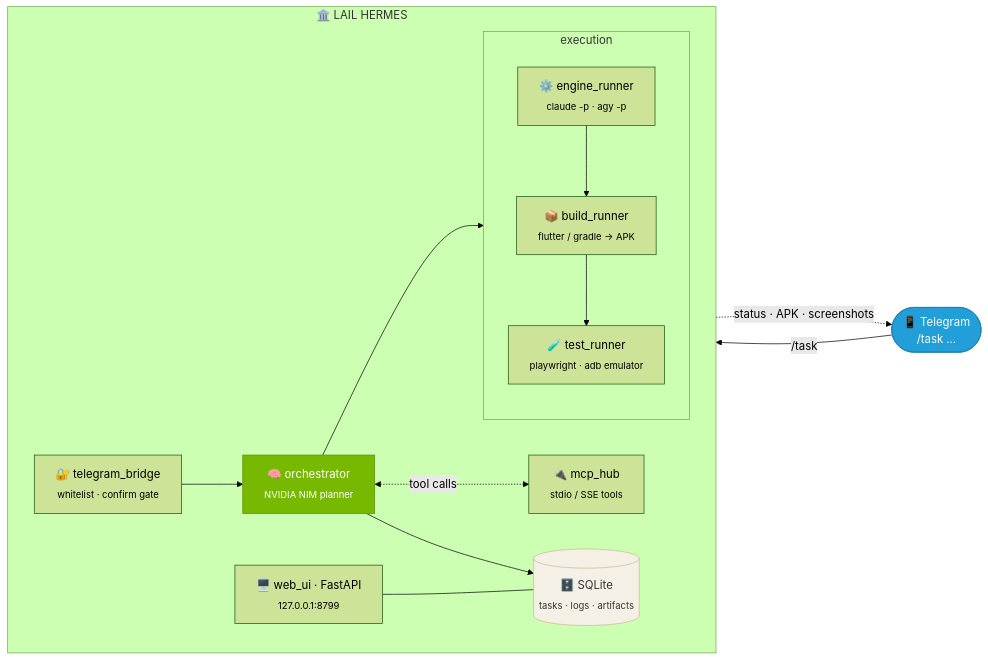
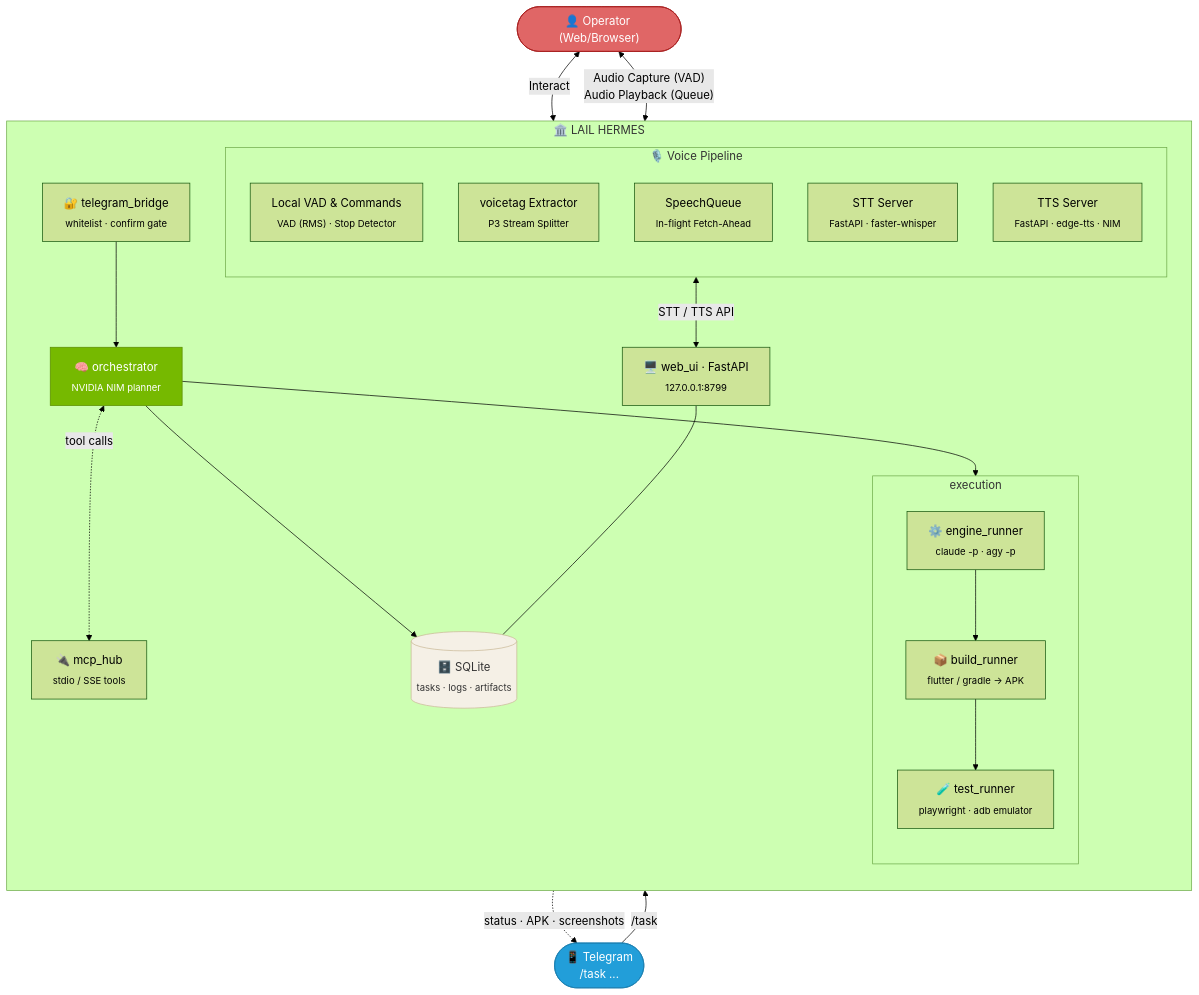
One commit to farisqlail/lail-hermes-agent changed the diagram in README.md. Above: the diagram before and after it, drawn with Mermaid (forest theme). The commit also changed other lines of this file, not shown here.

Commit message:
docs: update README features and mermaid flowchart for voice conversation

````diff
--- a/README.md
+++ b/README.md
@@ -43,38 +43,54 @@
 ```mermaid
-flowchart LR
+flowchart TD
     TG(["📱 Telegram<br/>/task ..."])
+    OP(["👤 Operator (Web/Browser)"])
 
     subgraph HERMES["🏛️ LAIL HERMES"]
-        direction LR
+        direction TB
         BR["🔐 telegram_bridge<br/><sub>whitelist · confirm gate</sub>"]
         OR["🧠 orchestrator<br/><sub>NVIDIA NIM planner</sub>"]
         HUB["🔌 mcp_hub<br/><sub>stdio / SSE tools</sub>"]
 
         subgraph EXEC["execution"]
             direction TB
             ENG["⚙️ engine_runner<br/><sub>claude -p · agy -p</sub>"]
             BLD["📦 build_runner<br/><sub>flutter / gradle → APK</sub>"]
             TST["🧪 test_runner<br/><sub>playwright · adb emulator</sub>"]
             ENG --> BLD --> TST
+        end
+
+        subgraph VOICE_SYS["🎙️ Voice Pipeline"]
+            direction TB
+            VAD["Local VAD & Commands<br/><sub>VAD (RMS) · Stop Detector</sub>"]
+            EXT["voicetag Extractor<br/><sub>P3 Stream Splitter</sub>"]
+            Q["SpeechQueue<br/><sub>In-flight Fetch-Ahead</sub>"]
+            STT_SRV["STT Server<br/><sub>FastAPI · faster-whisper</sub>"]
+            TTS_SRV["TTS Server<br/><sub>FastAPI · edge-tts · NIM</sub>"]
         end
 
         UI["🖥️ web_ui · FastAPI<br/><sub>127.0.0.1:8799</sub>"]
         DB[("🗄️ SQLite<br/><sub>tasks · logs · artifacts</sub>")]
 
         BR --> OR
         OR <-.->|"tool calls"| HUB
         OR --> EXEC
         OR --> DB
         UI --- DB
     end
 
     TG -->|"/task"| BR
     OR -.->|"status · APK · screenshots"| TG
 
+    OP <-->|"Audio Capture (VAD)<br/>Audio Playback (Queue)"| VOICE_SYS
+    VOICE_SYS <-->|"STT / TTS API"| UI
+    OP <-->|"Interact"| UI
+
     classDef ext fill:#229ED9,stroke:#1a7fb0,color:#fff
     classDef brain fill:#76B900,stroke:#5a8c00,color:#fff
     classDef store fill:#f5f0e6,stroke:#c9b896,color:#333
+    classDef op fill:#e06666,stroke:#a61c1c,color:#fff
     class TG ext
     class OR brain
     class DB store
+    class OP op
 ```
````
